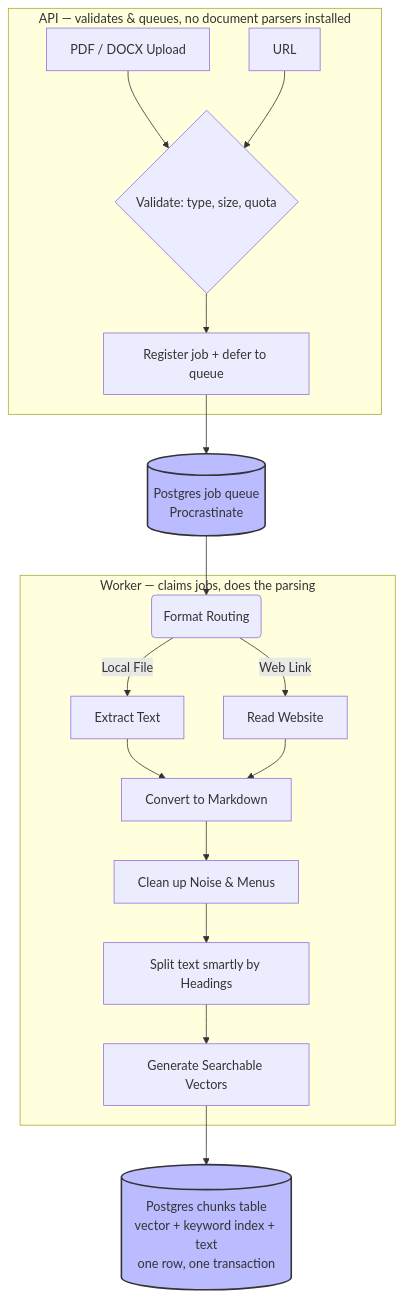
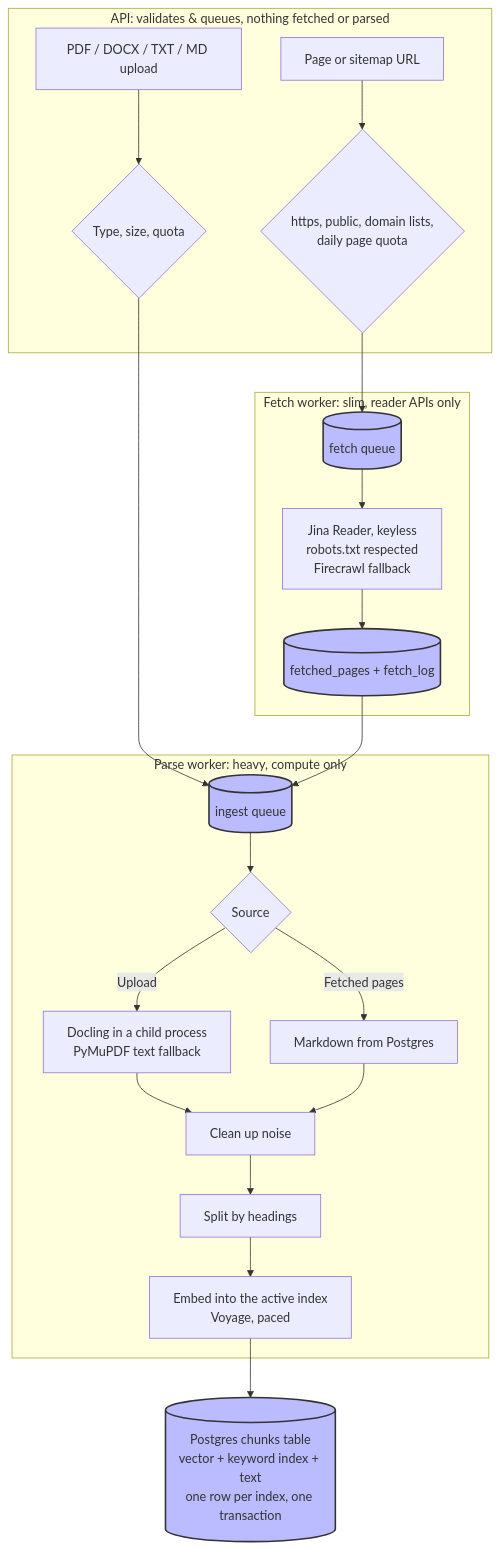
Before and after one commit to rudrabaru/nexus-rag: the second of 4 diagrams in README.md, drawn with Mermaid. The commit also changed other lines of this file and 88 other files, not shown here.

````diff
--- a/README.md
+++ b/README.md
@@ -153,29 +158,34 @@
 ```mermaid
 graph TD
-    subgraph API["API — validates & queues, no document parsers installed"]
-        A1[PDF / DOCX Upload] --> V{Validate: type, size, quota}
-        A2[URL] --> V
-        V --> Q[Register job + defer to queue]
+    subgraph API["API: validates & queues, nothing fetched or parsed"]
+        A1[PDF / DOCX / TXT / MD upload] --> V1{Type, size, quota}
+        A2[Page or sitemap URL] --> V2{https, public, domain lists,<br/>daily page quota}
     end
 
-    Q --> QT[(Postgres job queue<br/>Procrastinate)]
-    QT --> W
+    V2 --> FQ[(fetch queue)]
+    V1 --> IQ[(ingest queue)]
 
-    subgraph Worker["Worker — claims jobs, does the parsing"]
-        W(Format Routing) -->|Local File| C1[Extract Text]
-        W -->|Web Link| C2[Read Website]
-
-        C1 --> D[Convert to Markdown]
-        C2 --> D
-
-        D --> E[Clean up Noise & Menus]
-        E --> F[Split text smartly by Headings]
-
-        F --> G[Generate Searchable Vectors]
+    subgraph Fetch["Fetch worker: slim, reader APIs only"]
+        FQ --> R[Jina Reader, keyless<br/>robots.txt respected<br/>Firecrawl fallback]
+        R --> FP[(fetched_pages + fetch_log)]
     end
 
-    G --> H[(Postgres chunks table<br/>vector + keyword index + text<br/>one row, one transaction)]
+    FP --> IQ
+
+    subgraph Parse["Parse worker: heavy, compute only"]
+        IQ --> P{Source}
+        P -->|Upload| DL[Docling in a child process<br/>PyMuPDF text fallback]
+        P -->|Fetched pages| MD[Markdown from Postgres]
+        DL --> E[Clean up noise]
+        MD --> E
+        E --> F[Split by headings]
+        F --> G[Embed into the active index<br/>Voyage, paced]
+    end
+
+    G --> H[(Postgres chunks table<br/>vector + keyword index + text<br/>one row per index, one transaction)]
 
     style H fill:#bbf,stroke:#333,stroke-width:2px
-    style QT fill:#bbf,stroke:#333,stroke-width:2px
+    style FQ fill:#bbf,stroke:#333,stroke-width:2px
+    style IQ fill:#bbf,stroke:#333,stroke-width:2px
+    style FP fill:#bbf,stroke:#333,stroke-width:2px
 ```
````
